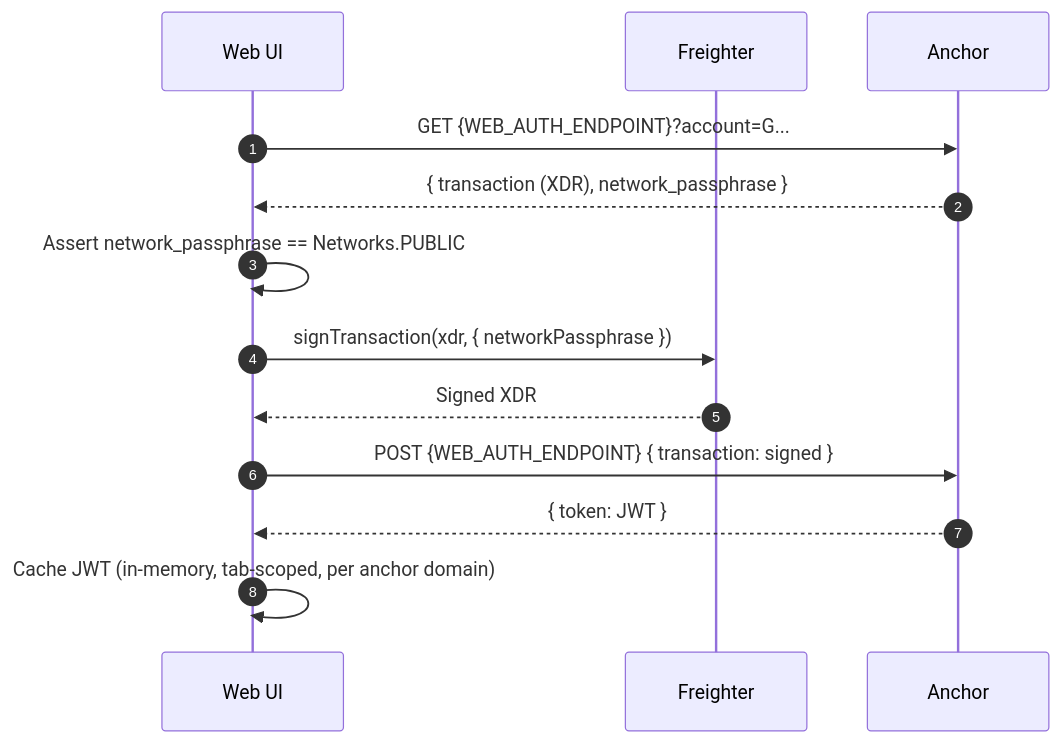
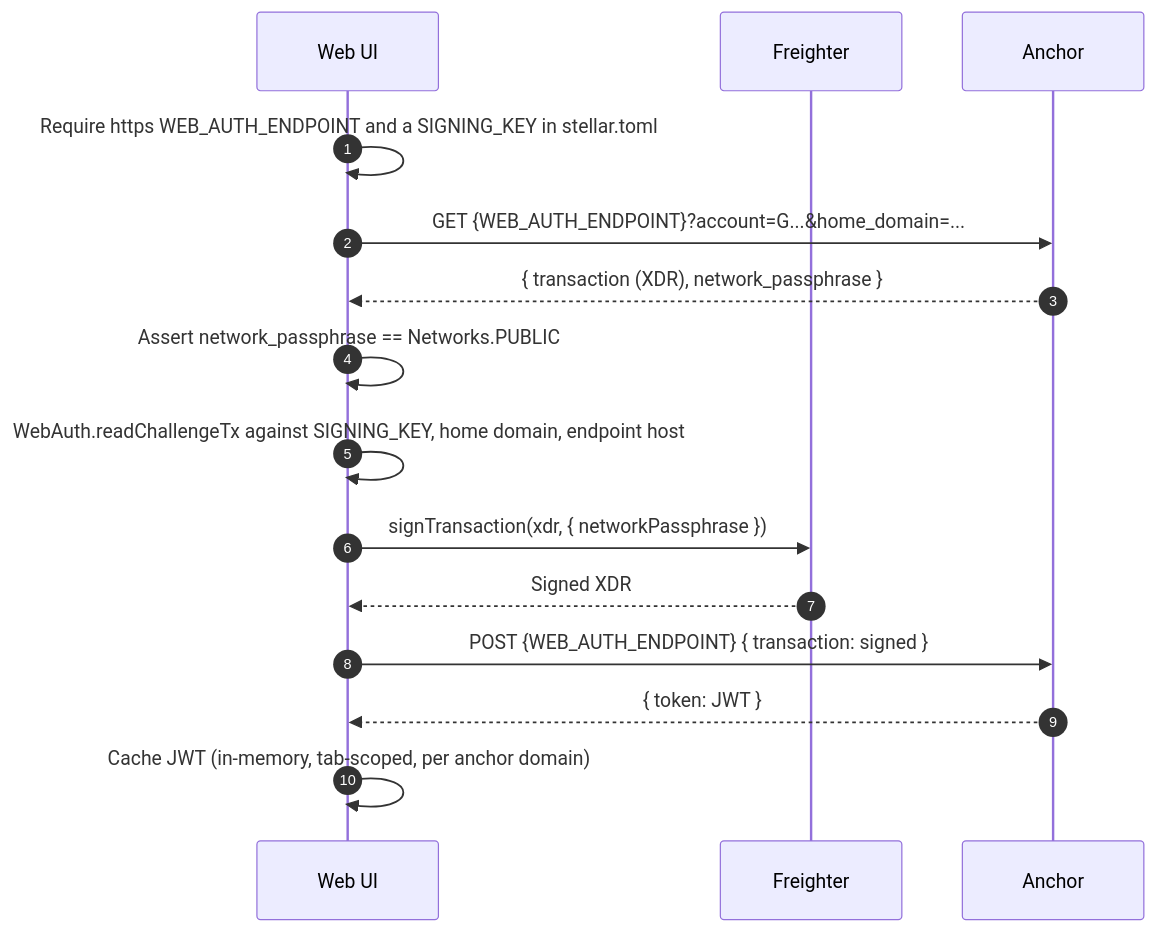
The third of 6 diagrams in docs/ARCHITECTURE.md (ezedike-evan/stellar-intel), drawn with Mermaid before and after one commit. The commit also changed other lines of this file and 11 other files, not shown here.

````diff
--- a/docs/ARCHITECTURE.md
+++ b/docs/ARCHITECTURE.md
@@ -207,16 +207,18 @@
 ```mermaid
 sequenceDiagram
   autonumber
   participant UI as Web UI
   participant F as Freighter
   participant A as Anchor
 
-  UI->>A: GET {WEB_AUTH_ENDPOINT}?account=G...
+  UI->>UI: Require https WEB_AUTH_ENDPOINT and a SIGNING_KEY in stellar.toml
+  UI->>A: GET {WEB_AUTH_ENDPOINT}?account=G...&home_domain=...
   A-->>UI: { transaction (XDR), network_passphrase }
   UI->>UI: Assert network_passphrase == Networks.PUBLIC
+  UI->>UI: WebAuth.readChallengeTx against SIGNING_KEY, home domain, endpoint host
   UI->>F: signTransaction(xdr, { networkPassphrase })
   F-->>UI: Signed XDR
   UI->>A: POST {WEB_AUTH_ENDPOINT} { transaction: signed }
   A-->>UI: { token: JWT }
   UI->>UI: Cache JWT (in-memory, tab-scoped, per anchor domain)
 ```
````
